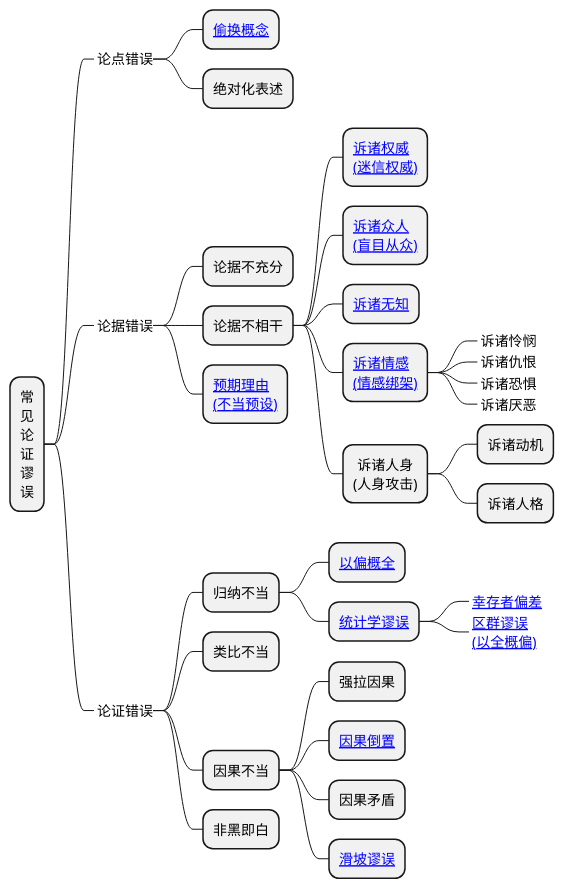
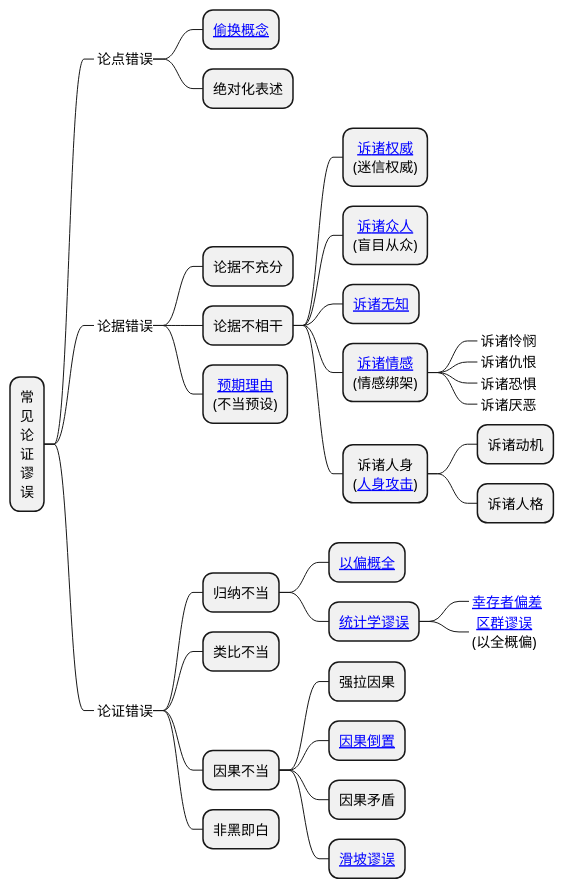
One commit to holmofy/blog.hufeifei.cn changed the fifth of 5 diagrams in source/_posts/logic/logic.md. Above: the diagram before and after it, drawn with PlantUML.

````diff
--- a/source/_posts/logic/logic.md
+++ b/source/_posts/logic/logic.md
@@ -156,42 +156,42 @@
 ```plantuml
 @startmindmap
 <style>
 node {
     HorizontalAlignment center
     RoundCorner 20
 }
 </style>
 * 常\n见\n论\n证\n谬\n误
 **_ 论点错误
 *** [[https://baike.baidu.com/item/偷换概念/6714008 偷换概念]]
 *** 绝对化表述
 **_ 论据错误
 *** 论据不充分
 *** 论据不相干
-**** [[https://baike.baidu.com/item/诉诸权威 诉诸权威\n(迷信权威)]]
-**** [[https://baike.baidu.com/item/诉诸大众 诉诸众人\n(盲目从众)]]
+**** [[https://baike.baidu.com/item/诉诸权威 诉诸权威]]\n(迷信权威)
+**** [[https://baike.baidu.com/item/诉诸大众 诉诸众人]]\n(盲目从众)
 **** [[https://baike.baidu.com/item/诉诸无知 诉诸无知]]
-**** [[https://baike.baidu.com/item/诉诸情感 诉诸情感\n(情感绑架)]]
+**** [[https://baike.baidu.com/item/诉诸情感 诉诸情感]]\n(情感绑架)
 *****_ 诉诸怜悯
 *****_ 诉诸仇恨
 *****_ 诉诸恐惧
 *****_ 诉诸厌恶
-**** 诉诸人身\n(人身攻击)
+**** 诉诸人身\n([[https://baike.baidu.com/item/人身攻击 人身攻击]])
 ***** 诉诸动机
 ***** 诉诸人格
-*** [[https://baike.baidu.com/item/预期理由 预期理由\n(不当预设)]]
+*** [[https://baike.baidu.com/item/预期理由 预期理由]]\n(不当预设)
 **_ 论证错误
 *** 归纳不当
 **** [[https://baike.baidu.com/item/以偏概全 以偏概全]]
 **** [[https://baike.baidu.com/item/统计陷阱/3778566 统计学谬误]]
 *****_ [[https://baike.baidu.com/item/幸存者偏差/10313799 幸存者偏差]]
-*****_ [[https://baike.baidu.com/item/区群谬误 区群谬误\n(以全概偏)]]
+*****_ [[https://baike.baidu.com/item/区群谬误 区群谬误]]\n(以全概偏)
 *** 类比不当
 *** 因果不当
 **** 强拉因果
 **** [[https://baike.baidu.com/item/因果倒置 因果倒置]]
 **** 因果矛盾
 **** [[https://baike.baidu.com/item/滑坡谬误 滑坡谬误]]
 *** 非黑即白
 @endmindmap
 ```
````
